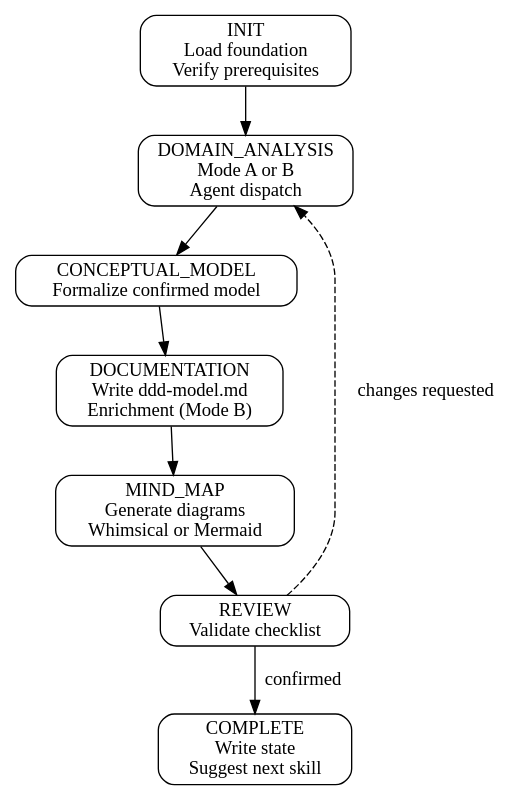
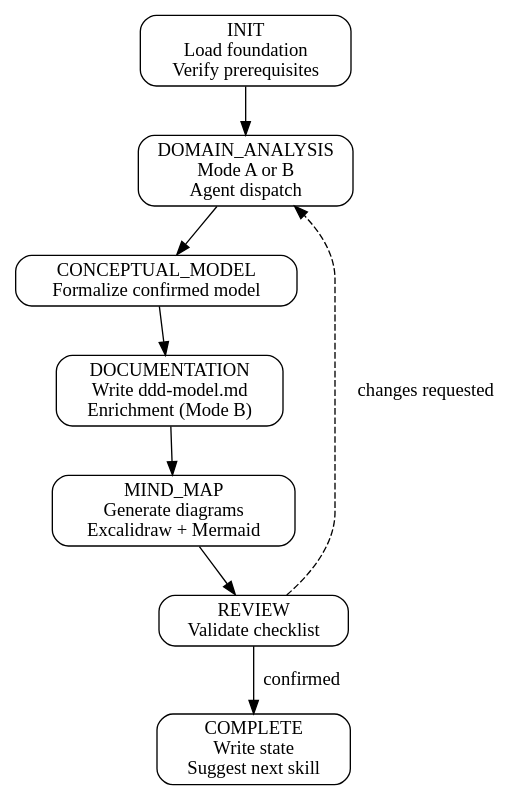
Before and after one commit to obra/superpowers: the diagram in skills/application-design/SKILL.md, drawn with Graphviz. The commit also changed other lines of this file and 3 other files, not shown here.

First line of the commit message:
fix: replace Whimsical with Excalidraw + Mermaid dual diagram strategy

````diff
--- a/skills/application-design/SKILL.md
+++ b/skills/application-design/SKILL.md
@@ -104,22 +104,22 @@
 ```dot
 digraph create_flow {
     rankdir=TB;
     node [shape=box, style=rounded];
 
     INIT [label="INIT\nLoad foundation\nVerify prerequisites"];
     DOMAIN_ANALYSIS [label="DOMAIN_ANALYSIS\nMode A or B\nAgent dispatch"];
     CONCEPTUAL_MODEL [label="CONCEPTUAL_MODEL\nFormalize confirmed model"];
     DOCUMENTATION [label="DOCUMENTATION\nWrite ddd-model.md\nEnrichment (Mode B)"];
-    MIND_MAP [label="MIND_MAP\nGenerate diagrams\nWhimsical or Mermaid"];
+    MIND_MAP [label="MIND_MAP\nGenerate diagrams\nExcalidraw + Mermaid"];
     REVIEW [label="REVIEW\nValidate checklist"];
     COMPLETE [label="COMPLETE\nWrite state\nSuggest next skill"];
 
     INIT -> DOMAIN_ANALYSIS;
     DOMAIN_ANALYSIS -> CONCEPTUAL_MODEL;
     CONCEPTUAL_MODEL -> DOCUMENTATION;
     DOCUMENTATION -> MIND_MAP;
     MIND_MAP -> REVIEW;
     REVIEW -> COMPLETE [label="confirmed"];
     REVIEW -> DOMAIN_ANALYSIS [label="changes requested", style=dashed];
 }
 ```
````
